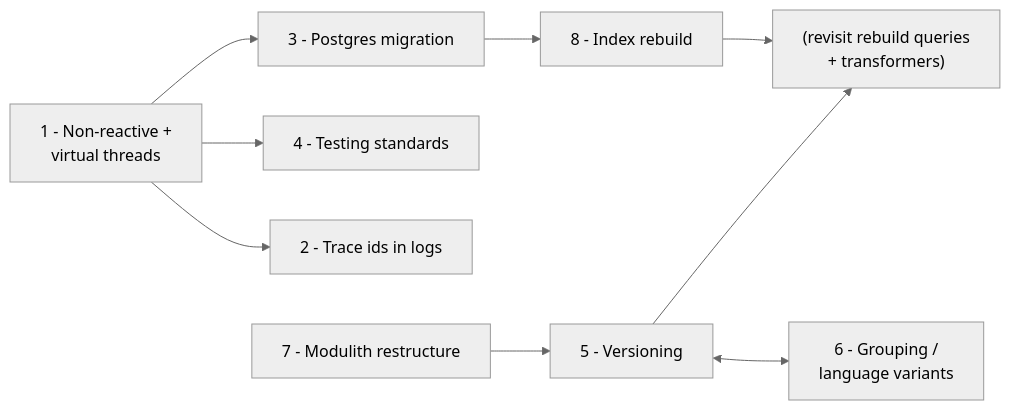
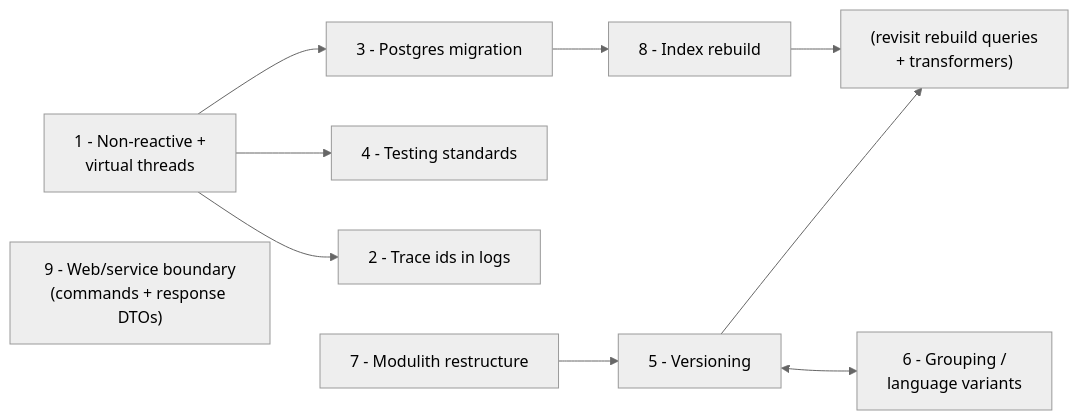
One commit to PaulDMooney/Contented_Java changed the diagram in docs/roadmap.md. Above: the diagram before and after it, drawn with Mermaid (neutral theme). The commit also changed other lines of this file, not shown here.

First line of the commit message:
docs: Add roadmap item for the web/service/persistence boundary

````diff
--- a/docs/roadmap.md
+++ b/docs/roadmap.md
@@ -214,11 +271,12 @@
 ```mermaid
 flowchart LR
     I1["1 - Non-reactive +<br/>virtual threads"] --> I2["2 - Trace ids in logs"]
     I1 --> I4["4 - Testing standards"]
     I1 --> I3["3 - Postgres migration"]
     I3 --> I8["8 - Index rebuild"]
     I7["7 - Modulith restructure"] --> I5["5 - Versioning"]
     I5 <--> I6["6 - Grouping /<br/>language variants"]
     I5 --> IR["(revisit rebuild queries<br/>+ transformers)"]
     I8 --> IR
+    I9["9 - Web/service boundary<br/>(commands + response DTOs)"]
 ```
````
